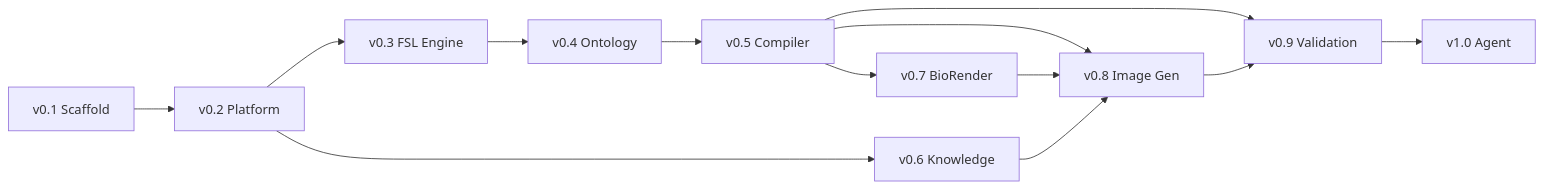
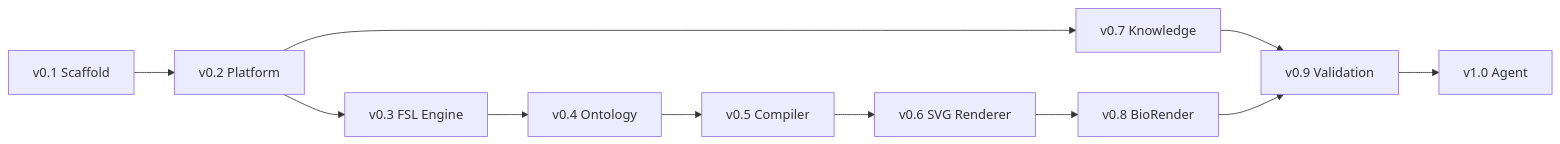
One commit to insight2017aquib/MedicinalChemistryFigureDesigner changed the diagram in docs/DevelopmentRoadmap.md. Above: the diagram before and after it, drawn with Mermaid. The commit also changed other lines of this file and 16 other files, not shown here.

First line of the commit message:
feat(renderers): v0.6 minimal SVG renderer

````diff
--- a/docs/DevelopmentRoadmap.md
+++ b/docs/DevelopmentRoadmap.md
@@ -100,15 +104,13 @@
 ```mermaid
 flowchart LR
     v01[v0.1 Scaffold] --> v02[v0.2 Platform]
     v02 --> v03[v0.3 FSL Engine]
     v03 --> v04[v0.4 Ontology]
     v04 --> v05[v0.5 Compiler]
-    v05 --> v08[v0.8 Image Gen]
-    v02 --> v06[v0.6 Knowledge]
-    v05 --> v07[v0.7 BioRender]
-    v07 --> v08
-    v06 --> v08
-    v05 --> v09[v0.9 Validation]
+    v05 --> v06[v0.6 SVG Renderer]
+    v02 --> v07[v0.7 Knowledge]
+    v06 --> v08[v0.8 BioRender]
+    v07 --> v09[v0.9 Validation]
     v08 --> v09
     v09 --> v10[v1.0 Agent]
 ```
````
